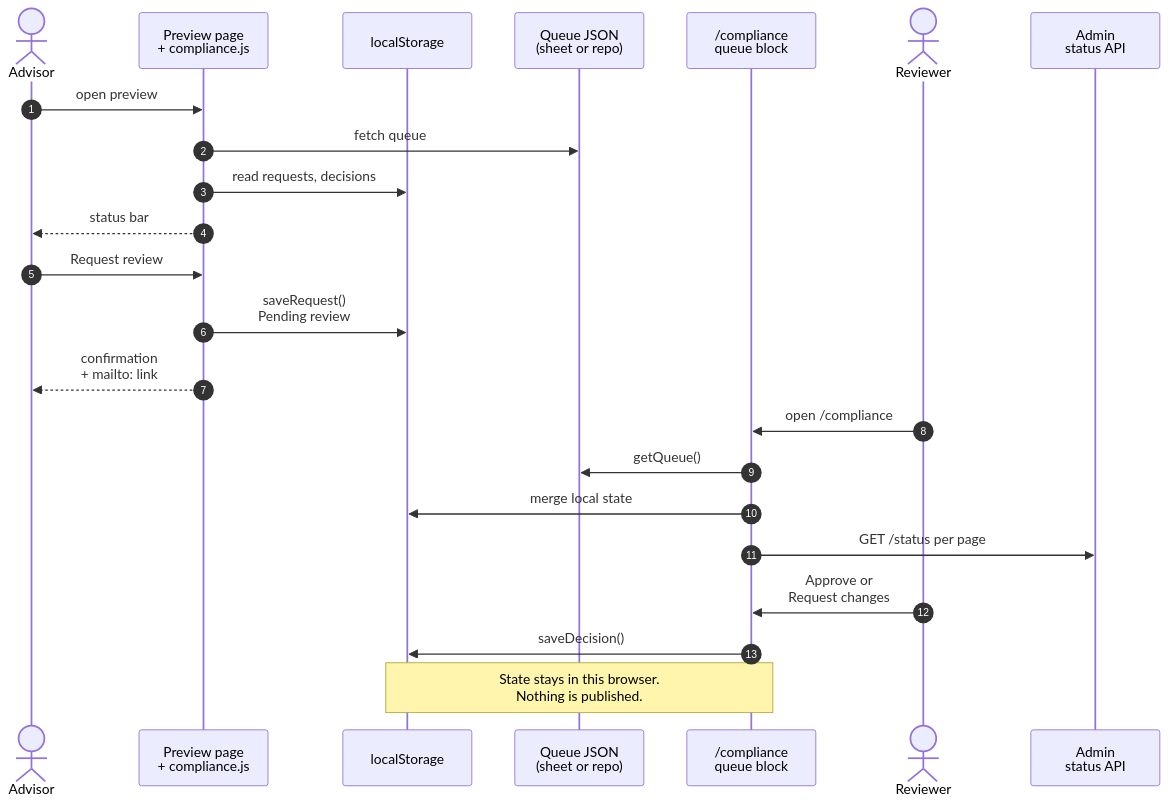
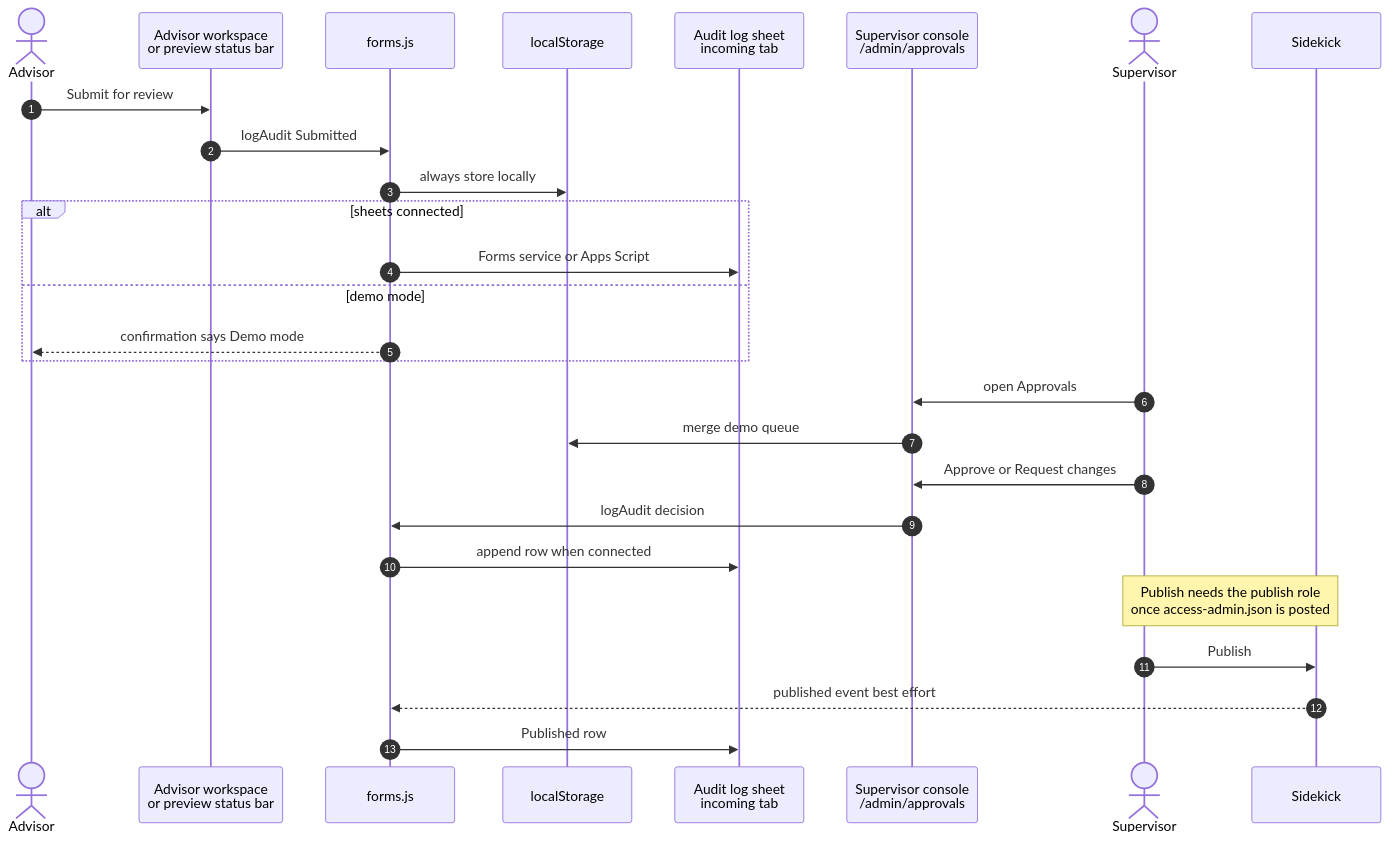
The fourth of 9 diagrams in docs/TECHNICAL-HANDOFF.md (michaelpereira78/slf-eds-demo1), drawn with Mermaid before and after one commit. The commit also changed other lines of this file and 3 other files, not shown here.

````diff
--- a/docs/TECHNICAL-HANDOFF.md
+++ b/docs/TECHNICAL-HANDOFF.md
@@ -208,25 +221,29 @@
 ```mermaid
 sequenceDiagram
   autonumber
   actor A as Advisor
-  participant P as Preview page<br/>+ compliance.js
+  participant W as Advisor workspace<br/>or preview status bar
+  participant F as forms.js
   participant LS as localStorage
-  participant S as Queue JSON<br/>(sheet or repo)
-  participant Q as /compliance<br/>queue block
-  actor R as Reviewer
-  participant ADM as Admin<br/>status API
-  A->>P: open preview
-  P->>S: fetch queue
-  P->>LS: read requests, decisions
-  P-->>A: status bar
-  A->>P: Request review
-  P->>LS: saveRequest()<br/>Pending review
-  P-->>A: confirmation<br/>+ mailto: link
-  R->>Q: open /compliance
-  Q->>S: getQueue()
-  Q->>LS: merge local state
-  Q->>ADM: GET /status per page
-  R->>Q: Approve or<br/>Request changes
-  Q->>LS: saveDecision()
-  Note over LS,Q: State stays in this browser.<br/>Nothing is published.
+  participant SH as Audit log sheet<br/>incoming tab
+  participant Q as Supervisor console<br/>/admin/approvals
+  actor S as Supervisor
+  participant SK as Sidekick
+  A->>W: Submit for review
+  W->>F: logAudit Submitted
+  F->>LS: always store locally
+  alt sheets connected
+    F->>SH: Forms service or Apps Script
+  else demo mode
+    F-->>A: confirmation says Demo mode
+  end
+  S->>Q: open Approvals
+  Q->>LS: merge demo queue
+  S->>Q: Approve or Request changes
+  Q->>F: logAudit decision
+  F->>SH: append row when connected
+  Note over S,SK: Publish needs the publish role<br/>once access-admin.json is posted
+  S->>SK: Publish
+  SK-->>F: published event best effort
+  F->>SH: Published row
 ```
````
